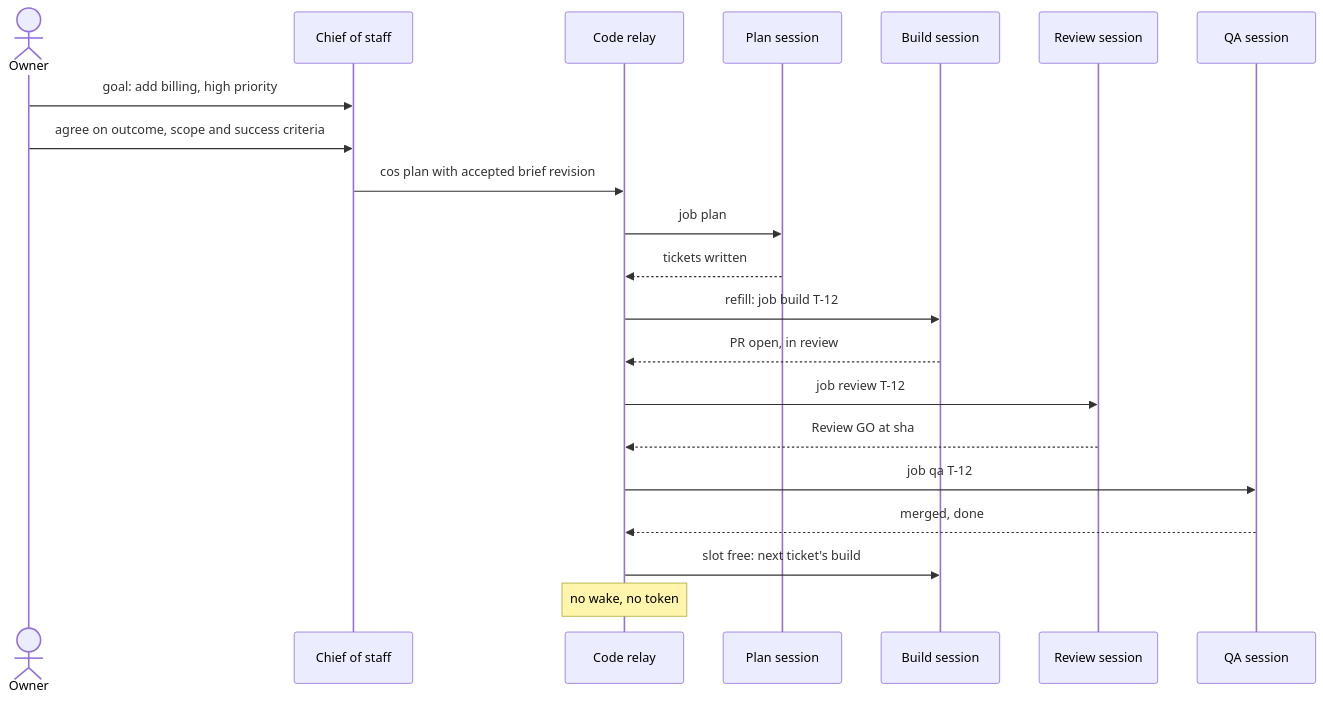
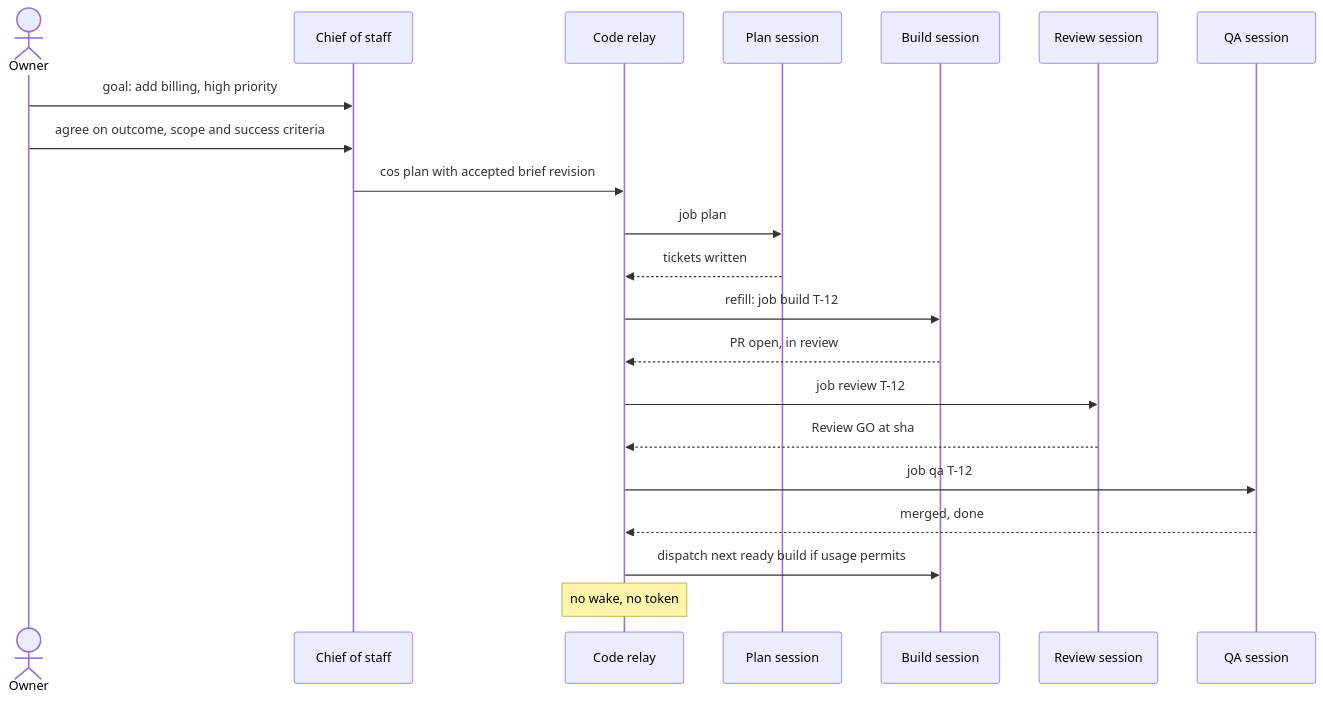
Before and after one commit to ProlesDei/maestro: the fourth of 7 diagrams in docs/design/t3-runtime.md, drawn with Mermaid. The commit also changed other lines of this file, not shown here.

Commit message:
Route ready work by subscription usage without worker-count caps

````diff
--- a/docs/design/t3-runtime.md
+++ b/docs/design/t3-runtime.md
@@ -164,23 +164,23 @@
 ```mermaid
 sequenceDiagram
   actor O as Owner
   participant S as Chief of staff
   participant R as Code relay
   participant P as Plan session
   participant E as Build session
   participant V as Review session
   participant Q as QA session
   O->>S: goal: add billing, high priority
   O->>S: agree on outcome, scope and success criteria
   S->>R: cos plan with accepted brief revision
   R->>P: job plan
   P-->>R: tickets written
   R->>E: refill: job build T-12
   E-->>R: PR open, in review
   R->>V: job review T-12
   V-->>R: Review GO at sha
   R->>Q: job qa T-12
   Q-->>R: merged, done
-  R->>E: slot free: next ticket's build
+  R->>E: dispatch next ready build if usage permits
   Note over R: no wake, no token
 ```
````
